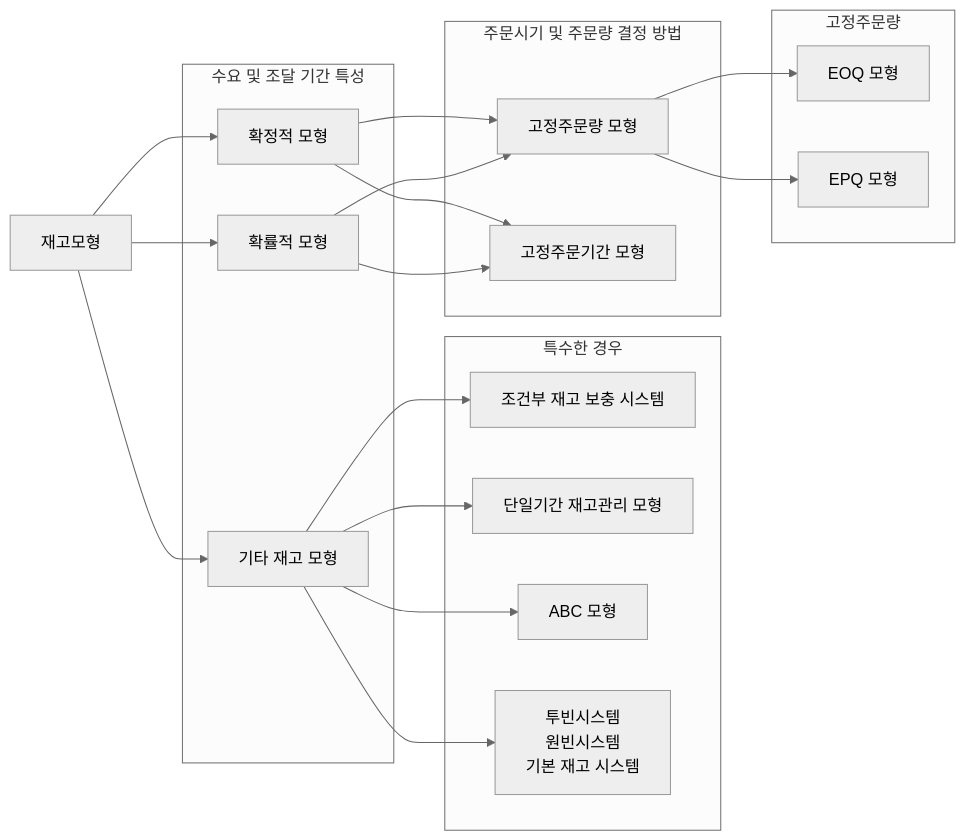
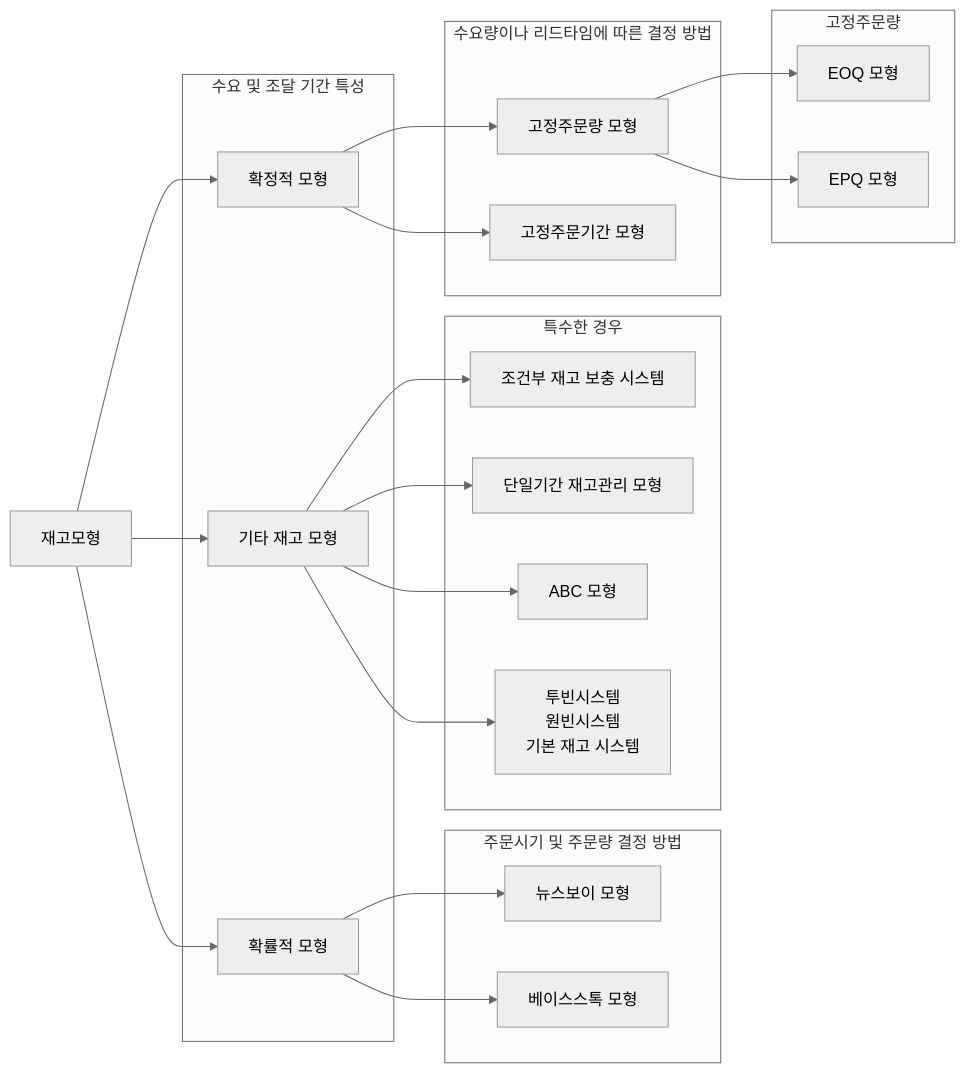
Before and after one commit to yeonkyupark/pepc2e: the fourth of 5 diagrams in 0401재고관리.qmd, drawn with Mermaid (neutral theme). The commit also changed other lines of this file, not shown here.

````diff
--- a/0401재고관리.qmd
+++ b/0401재고관리.qmd
@@ -197,46 +198,52 @@
 ```{mermaid}
 %%| fig-cap: "재고관리 모형 유형"
 
 flowchart LR
 
 0[재고모형]
 11[확정적 모형]
 12[확률적 모형]
 13[기타 재고 모형]
 21[고정주문량 모형]
 22[고정주문기간 모형]
 23[조건부 재고 보충 시스템]
 24[단일기간 재고관리 모형]
 25[ABC 모형]
 26["투빈시스템<br>원빈시스템<br>기본 재고 시스템"]
 31[EOQ 모형]
 32[EPQ 모형]
 
 subgraph s4[특수한 경우]
 23
 24
 25
 26
 end
 
 subgraph s1[수요 및 조달 기간 특성]
 11
 12
 13
 end
 
-subgraph s2[주문시기 및 주문량 결정 방법]
+subgraph s2[수요량이나 리드타임에 따른 결정 방법]
 21
 22
+end
+
+subgraph s21[주문시기 및 주문량 결정 방법]
+211[뉴스보이 모형]
+212[베이스스톡 모형]
 end
 
 subgraph s3[고정주문량]
 31
 32
 end
 
 0 --> 11 & 12 & 13
-11 & 12 --> 21 & 22
+11 --> 21 & 22
+12 --> 211 & 212
 13 --> 23 & 24 & 25 & 26
 21 --> 31 & 32
 ```
````
